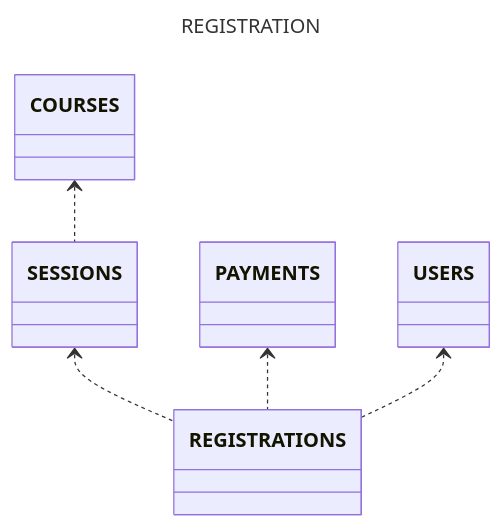
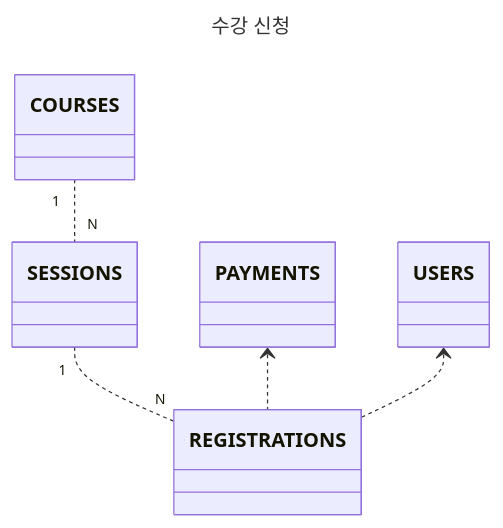
Before and after one commit to next-step/java-lms: the diagram in docs/step2.md, drawn with Mermaid.

Commit message:
docs: 의존관계 변경 - COURSES <--> SESSIONS (양방향) - SESSIONS <--> REGISTRATIONS (양방향) - 수강 신청 시 SESSIONS의 상태를 가지고 처리해야할 비즈니스 로직이 많아 REGISTRATIONS에서 getter로 SESSIONS의 상태를 가져와 처리해야하 는 상황이 많이 발생함.

````diff
--- a/docs/step2.md
+++ b/docs/step2.md
@@ -63,10 +63,10 @@
 ```mermaid
 ---
-title: REGISTRATION
+title: 수강 신청
 ---
 classDiagram
-    COURSES <.. SESSIONS
-    SESSIONS <.. REGISTRATIONS
+    COURSES "1" .. "N" SESSIONS
+    SESSIONS "1" .. "N" REGISTRATIONS
     PAYMENTS <.. REGISTRATIONS
     USERS <.. REGISTRATIONS
 ```
````
